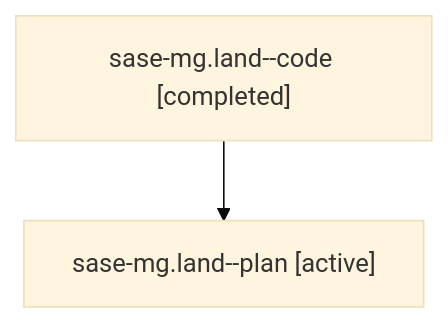
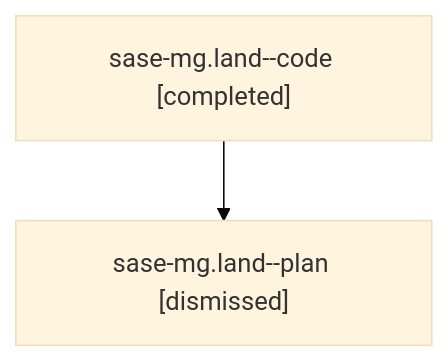
The diagram in sessions/bbugyi200.athena.sase-mg.land.md (sase-org/sase--agents), drawn with Mermaid (base theme) before and after one commit. The commit also changed other lines of this file and 69 other files, not shown here.

````diff
--- a/sessions/bbugyi200.athena.sase-mg.land.md
+++ b/sessions/bbugyi200.athena.sase-mg.land.md
@@ -9,6 +9,6 @@
 ```mermaid
 flowchart TD
   n0["sase-mg.land--code [completed]"]
-  n1["sase-mg.land--plan [active]"]
+  n1["sase-mg.land--plan [dismissed]"]
   n0 --> n1
 ```
````
